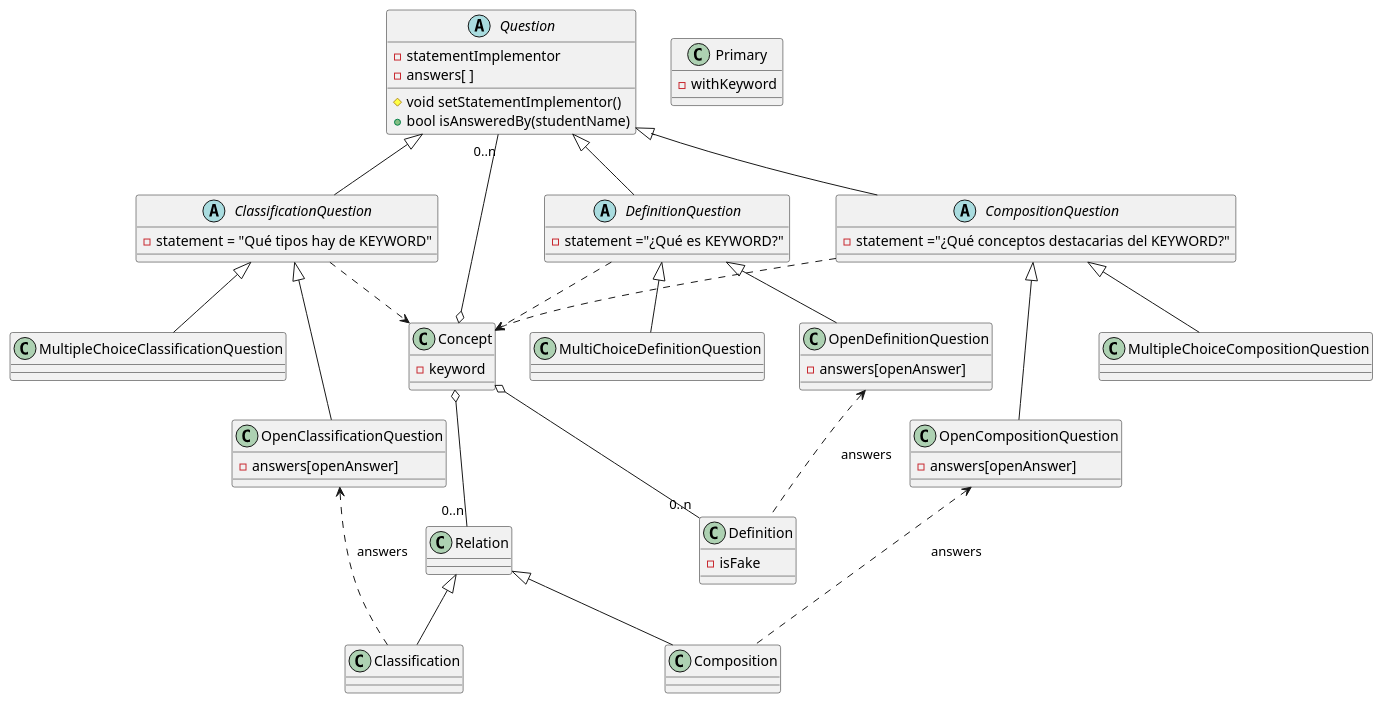
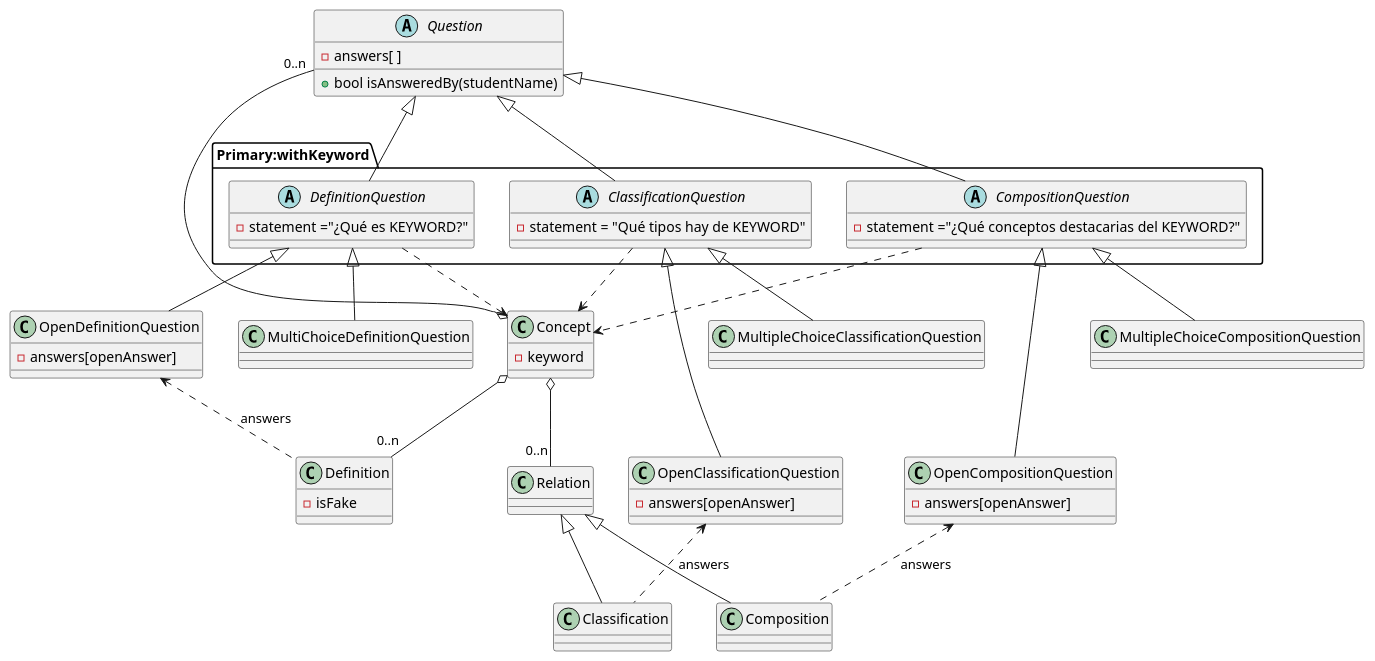
Before and after one commit to Joselon/ProyectoOpoTest: the diagram in doc/dominio_detail_concept.puml, drawn with PlantUML. The commit also changed 1 other file, not shown here.

Commit message:
Bridge - DiagramaProblema

```diff
--- a/doc/dominio_detail_concept.puml
+++ b/doc/dominio_detail_concept.puml
@@ -1,85 +1,81 @@
 @startuml ConceptDomainDetail
 
 class Concept {
     - keyword
 }
 
 class Definition {
   - isFake
 }
 
 class Relation
 
 class Classification
 
 class Composition
 
-class Primary {
-    - withKeyword
-}
-
-
+package Primary:withKeyword{
 abstract class DefinitionQuestion {
     - statement ="¿Qué es KEYWORD?"
 
 }
 
 abstract class ClassificationQuestion {
     - statement = "Qué tipos hay de KEYWORD"
 
 }
 
 abstract class CompositionQuestion {
     - statement ="¿Qué conceptos destacarias del KEYWORD?"
 
 }
-
+}
 class OpenDefinitionQuestion {
     -answers[openAnswer]
 }
 class OpenClassificationQuestion{
     -answers[openAnswer]
 }
 class OpenCompositionQuestion{
     -answers[openAnswer]
 }
 
 abstract class Question {
-    - statementImplementor
+   ' - statementImplementor
     - answers[ ]
-    # void setStatementImplementor()
+   ' # void setStatementImplementor()
     + bool isAnsweredBy(studentName)
 }
 
 
 DefinitionQuestion <|-- OpenDefinitionQuestion
 DefinitionQuestion <|-- MultiChoiceDefinitionQuestion
 ClassificationQuestion <|-- OpenClassificationQuestion
 ClassificationQuestion <|-- MultipleChoiceClassificationQuestion
 CompositionQuestion <|-- OpenCompositionQuestion
 CompositionQuestion <|-- MultipleChoiceCompositionQuestion
 Question "0..n" -o Concept
 
 DefinitionQuestion ..> Concept 
 ClassificationQuestion ..> Concept 
 CompositionQuestion ..> Concept  
 
 
 Concept o--"0..n" Definition
 
 Concept o-- "0..n" Relation
 Relation <|-- Classification
 Relation <|-- Composition
 
 
 Question <|-- DefinitionQuestion
 OpenDefinitionQuestion <.. Definition: answers
 
 Question <|-- ClassificationQuestion
 OpenClassificationQuestion <.. Classification :answers
 
 Question <|-- CompositionQuestion
 OpenCompositionQuestion <.. Composition :answers
 
 
 @enduml
```
